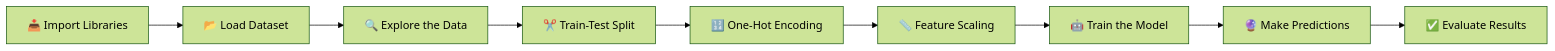
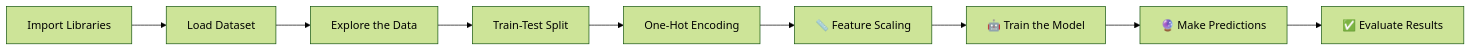
Before and after one commit to khaled-amireh/Customer-Churn-Prediction: the diagram in README.md, drawn with Mermaid (forest theme). The commit also changed other lines of this file, not shown here.

````diff
--- a/README.md
+++ b/README.md
@@ -93,11 +93,11 @@
 ```mermaid
 flowchart LR
-    A[📥 Import Libraries] --> B[📂 Load Dataset]
-    B --> C[🔍 Explore the Data]
-    C --> D[✂️ Train-Test Split]
-    D --> E[🔢 One-Hot Encoding]
+    A[ Import Libraries] --> B[ Load Dataset]
+    B --> C[ Explore the Data]
+    C --> D[ Train-Test Split]
+    D --> E[ One-Hot Encoding]
     E --> F[📏 Feature Scaling]
     F --> G[🤖 Train the Model]
     G --> H[🔮 Make Predictions]
     H --> I[✅ Evaluate Results]
 ```
````
